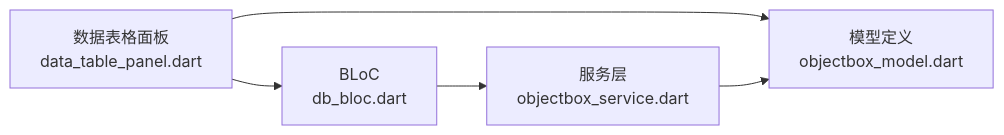
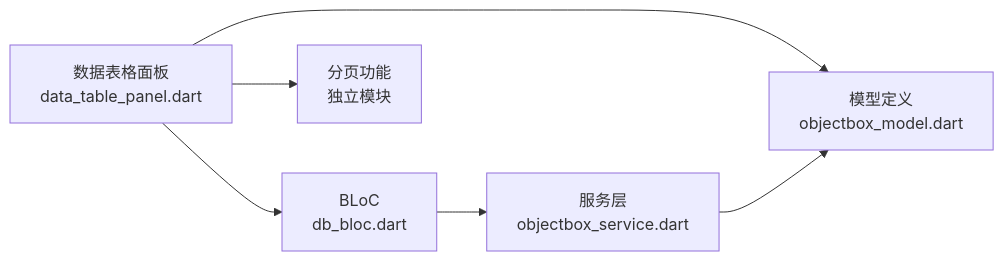
Before and after one commit to kongpf8848/objectbox_viewer: the seventh of 8 diagrams in .qoder/repowiki/zh/content/UI 组件/数据表格面板.md, drawn with Mermaid. The commit also changed other lines of this file and 9 other files, not shown here.

````diff
--- a/.qoder/repowiki/zh/content/UI 组件/数据表格面板.md
+++ b/.qoder/repowiki/zh/content/UI 组件/数据表格面板.md
@@ -264,7 +340,8 @@
 ```mermaid
 graph LR
 UI["数据表格面板<br/>data_table_panel.dart"] --> Model["模型定义<br/>objectbox_model.dart"]
 UI --> Bloc["BLoC<br/>db_bloc.dart"]
 Bloc --> Service["服务层<br/>objectbox_service.dart"]
 Service --> Model
+UI --> Pagination["分页功能<br/>独立模块"]
 ```
````
